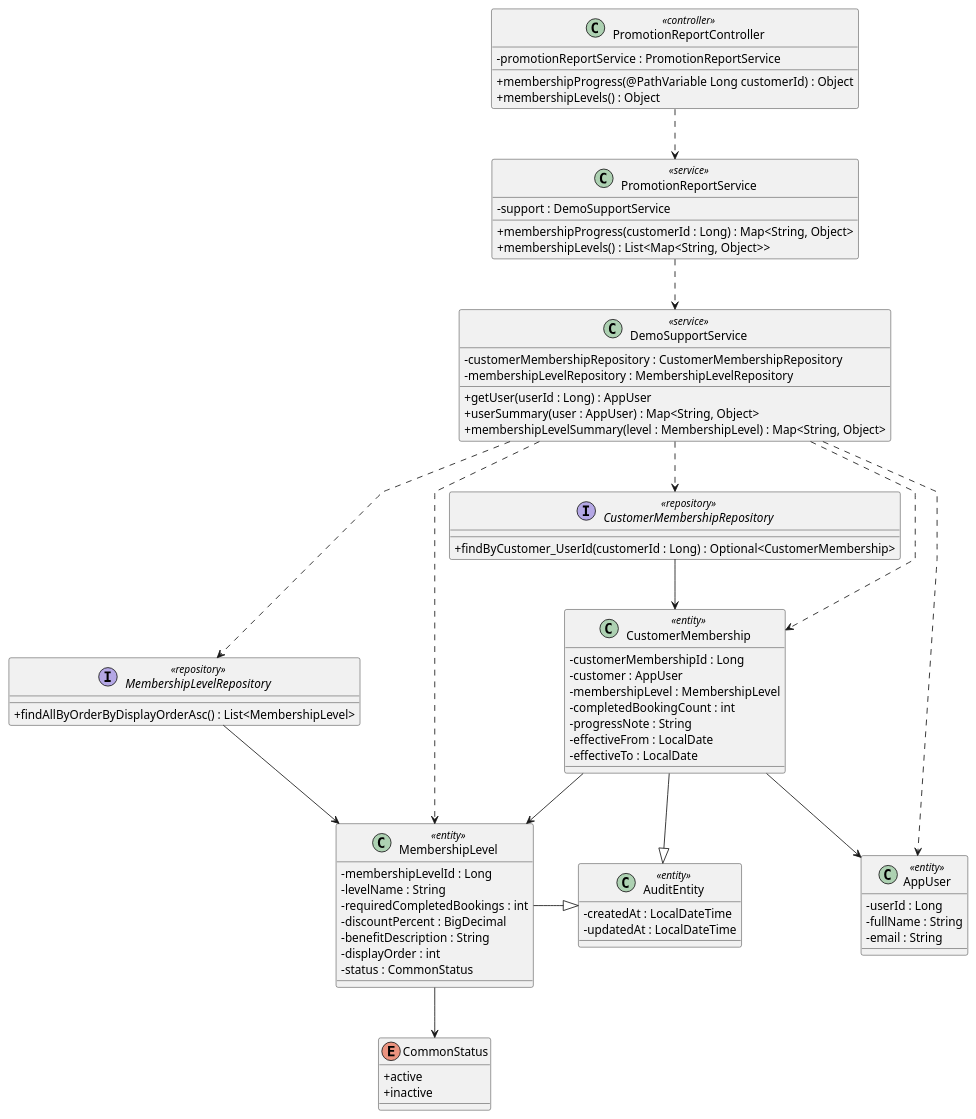
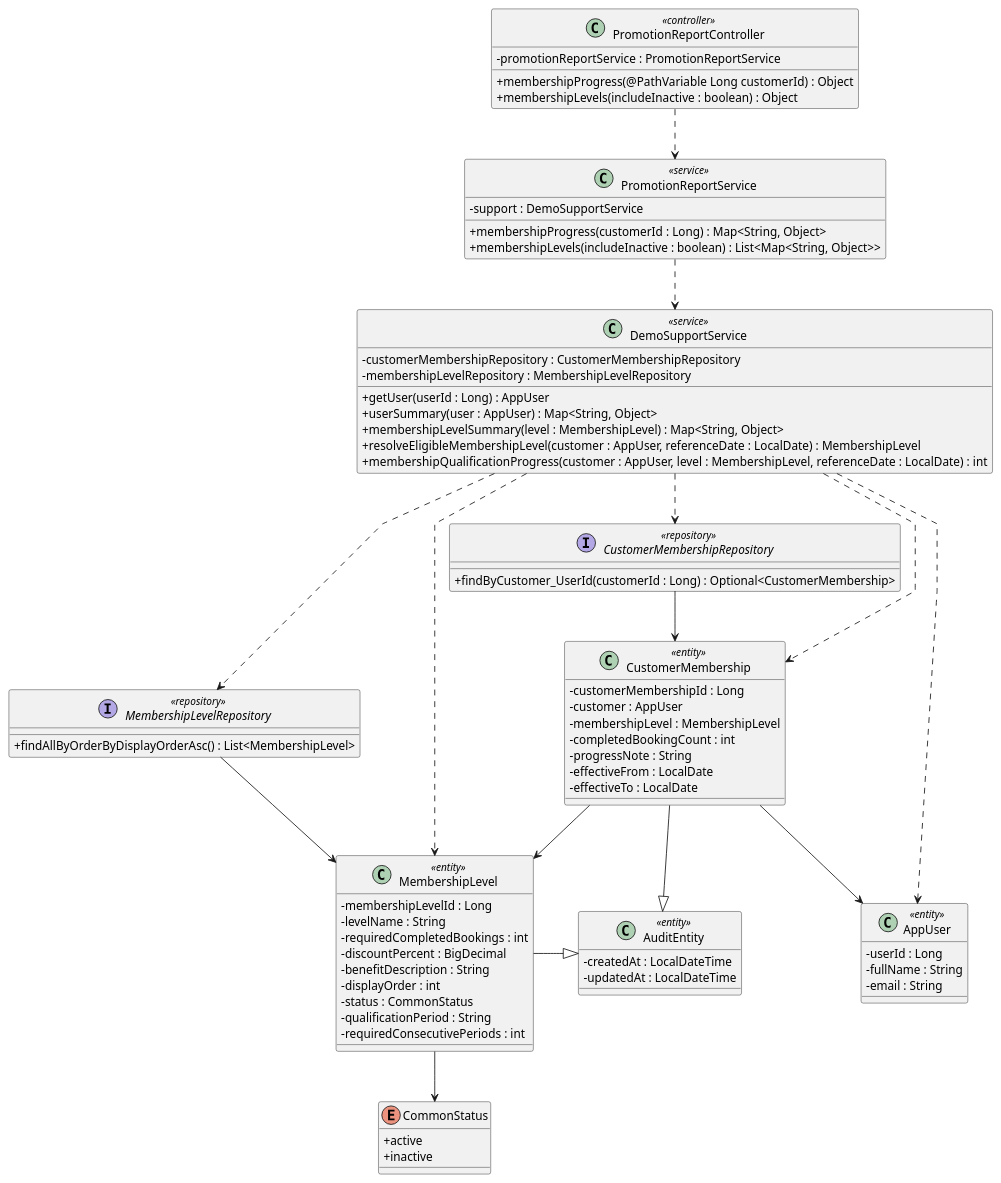
Before and after one commit to maxwell1904/SWP391_G3: the diagram in docs/Class Diagram/view-membership-progress.puml, drawn with PlantUML. The commit also changed 40 other files, not shown here.

Commit message:
align code-first docs and complete suggestion flow

```diff
--- a/docs/Class Diagram/view-membership-progress.puml
+++ b/docs/Class Diagram/view-membership-progress.puml
@@ -1,89 +1,93 @@
 @startuml
 
 skinparam classAttributeIconSize 0
 skinparam linetype polyline
 
 class PromotionReportController <<controller>> {
     -promotionReportService : PromotionReportService
 
     +membershipProgress(@PathVariable Long customerId) : Object
-    +membershipLevels() : Object
+    +membershipLevels(includeInactive : boolean) : Object
 }
 
 class PromotionReportService <<service>> {
     -support : DemoSupportService
 
     +membershipProgress(customerId : Long) : Map<String, Object>
-    +membershipLevels() : List<Map<String, Object>>
+    +membershipLevels(includeInactive : boolean) : List<Map<String, Object>>
 }
 
 class DemoSupportService <<service>> {
     -customerMembershipRepository : CustomerMembershipRepository
     -membershipLevelRepository : MembershipLevelRepository
 
     +getUser(userId : Long) : AppUser
     +userSummary(user : AppUser) : Map<String, Object>
     +membershipLevelSummary(level : MembershipLevel) : Map<String, Object>
+    +resolveEligibleMembershipLevel(customer : AppUser, referenceDate : LocalDate) : MembershipLevel
+    +membershipQualificationProgress(customer : AppUser, level : MembershipLevel, referenceDate : LocalDate) : int
 }
 
 interface CustomerMembershipRepository <<repository>> {
     +findByCustomer_UserId(customerId : Long) : Optional<CustomerMembership>
 }
 
 interface MembershipLevelRepository <<repository>> {
     +findAllByOrderByDisplayOrderAsc() : List<MembershipLevel>
 }
 
 class CustomerMembership <<entity>> {
     -customerMembershipId : Long
     -customer : AppUser
     -membershipLevel : MembershipLevel
     -completedBookingCount : int
     -progressNote : String
     -effectiveFrom : LocalDate
     -effectiveTo : LocalDate
 }
 
 class MembershipLevel <<entity>> {
     -membershipLevelId : Long
     -levelName : String
     -requiredCompletedBookings : int
     -discountPercent : BigDecimal
     -benefitDescription : String
     -displayOrder : int
     -status : CommonStatus
+    -qualificationPeriod : String
+    -requiredConsecutivePeriods : int
 }
 
 class AppUser <<entity>> {
     -userId : Long
     -fullName : String
     -email : String
 }
 
 class AuditEntity <<entity>> {
     -createdAt : LocalDateTime
     -updatedAt : LocalDateTime
 }
 
 enum CommonStatus {
     + active
     + inactive
 }
 
 ' Relationships
 PromotionReportController ..> PromotionReportService
 PromotionReportService ..> DemoSupportService
 DemoSupportService ..> CustomerMembershipRepository
 DemoSupportService ..> MembershipLevelRepository
 DemoSupportService ..> CustomerMembership
 DemoSupportService ..> MembershipLevel
 DemoSupportService ..> AppUser
 CustomerMembershipRepository --> CustomerMembership
 MembershipLevelRepository --> MembershipLevel
 CustomerMembership --> AppUser
 CustomerMembership --> MembershipLevel
 CustomerMembership -|> AuditEntity
 MembershipLevel -|> AuditEntity
 MembershipLevel --> CommonStatus
 
 @enduml
```
